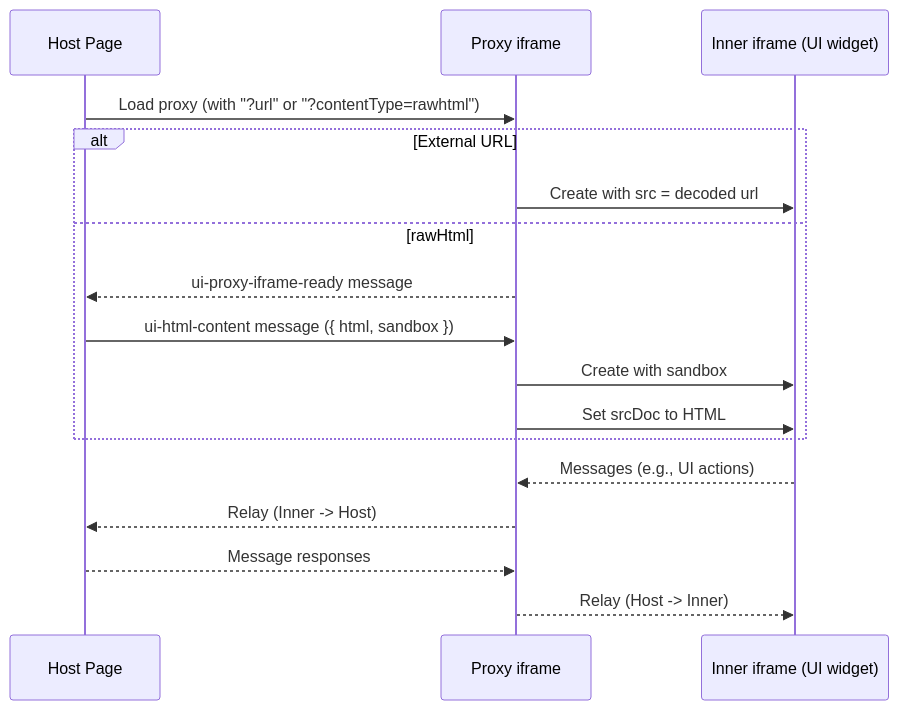
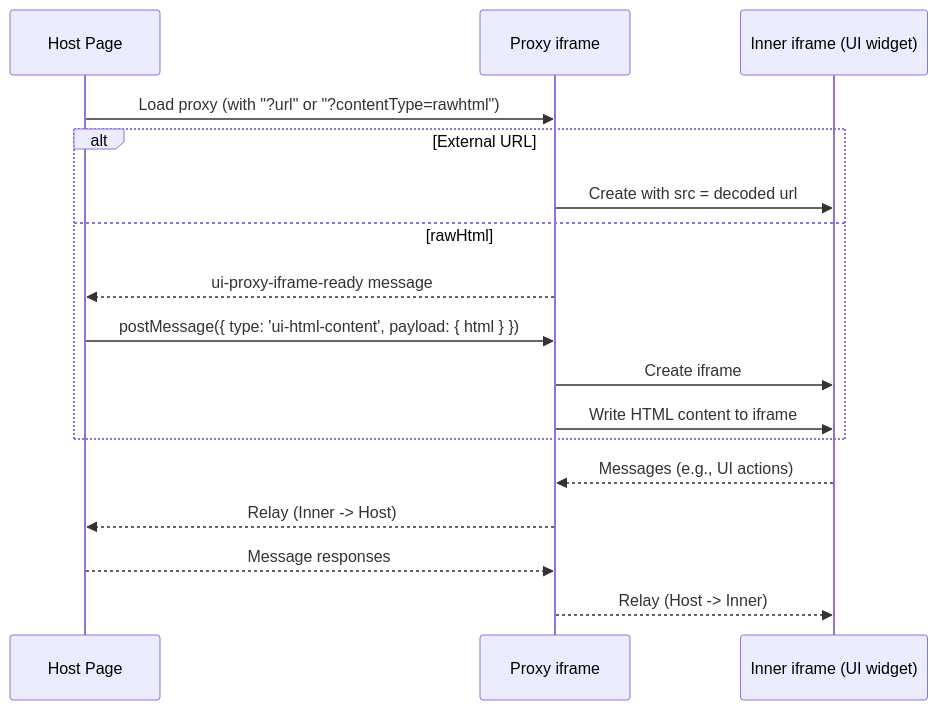
One commit to katherinek727/mcp-ui changed the diagram in docs/src/guide/client/using-a-proxy.md. Above: the diagram before and after it, drawn with Mermaid. The commit also changed other lines of this file and 8 other files, not shown here.

Commit message:
fix: use document.write in proxy sandbox (#156)

````diff
--- a/docs/src/guide/client/using-a-proxy.md
+++ b/docs/src/guide/client/using-a-proxy.md
@@ -36,19 +36,19 @@
 ```mermaid
 sequenceDiagram
   participant Host as Host Page
   participant Proxy as Proxy iframe
   participant Inner as Inner iframe (UI widget)
   Host->>Proxy: Load proxy (with "?url" or "?contentType=rawhtml")
   alt External URL
     Proxy->>Inner: Create with src = decoded url
   else rawHtml
     Proxy-->>Host: ui-proxy-iframe-ready message
-    Host->>Proxy: ui-html-content message ({ html, sandbox })
-    Proxy->>Inner: Create with sandbox
-    Proxy->>Inner: Set srcDoc to HTML
+    Host->>Proxy: postMessage({ type: 'ui-html-content', payload: { html } })
+    Proxy->>Inner: Create iframe
+    Proxy->>Inner: Write HTML content to iframe
   end
   Inner-->>Proxy: Messages (e.g., UI actions)
   Proxy-->>Host: Relay (Inner -> Host)
   Host-->>Proxy: Message responses
   Proxy-->>Inner: Relay (Host -> Inner)
 ```
````
